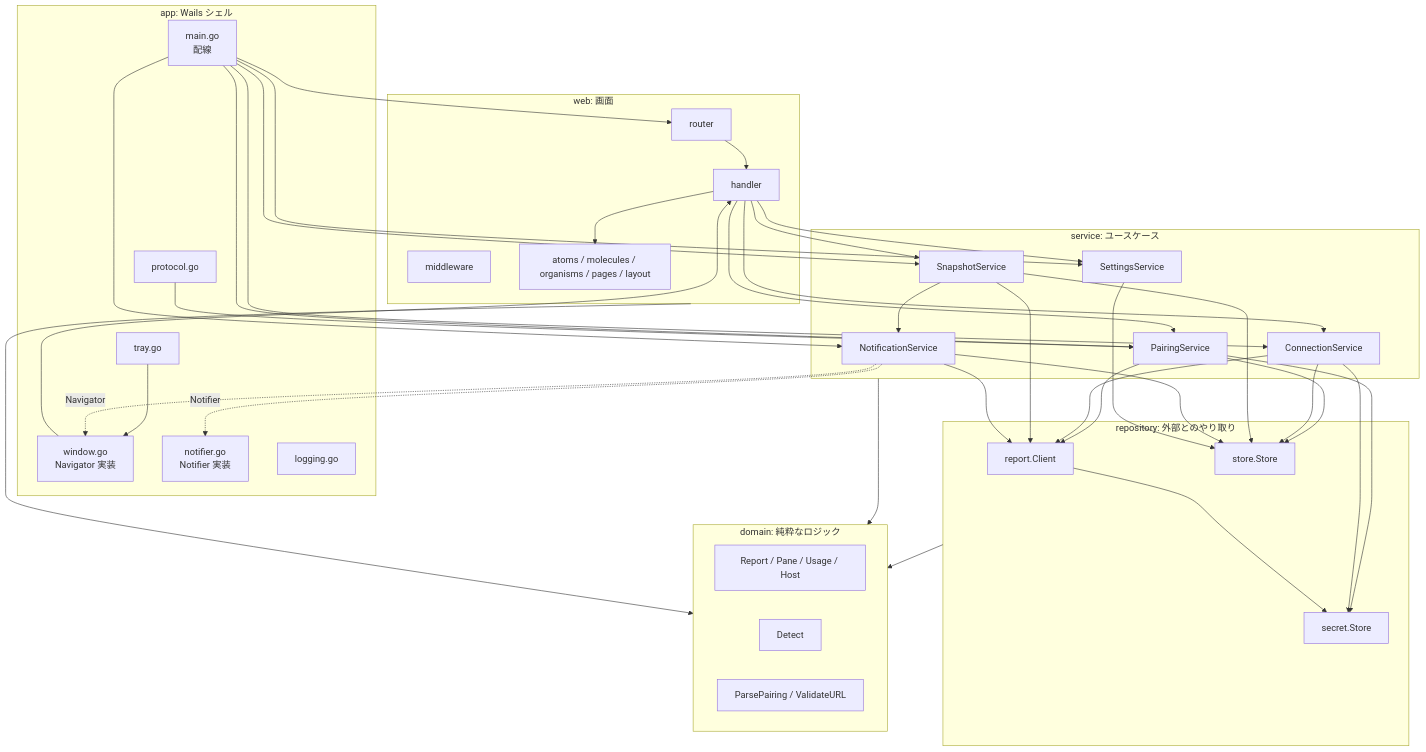
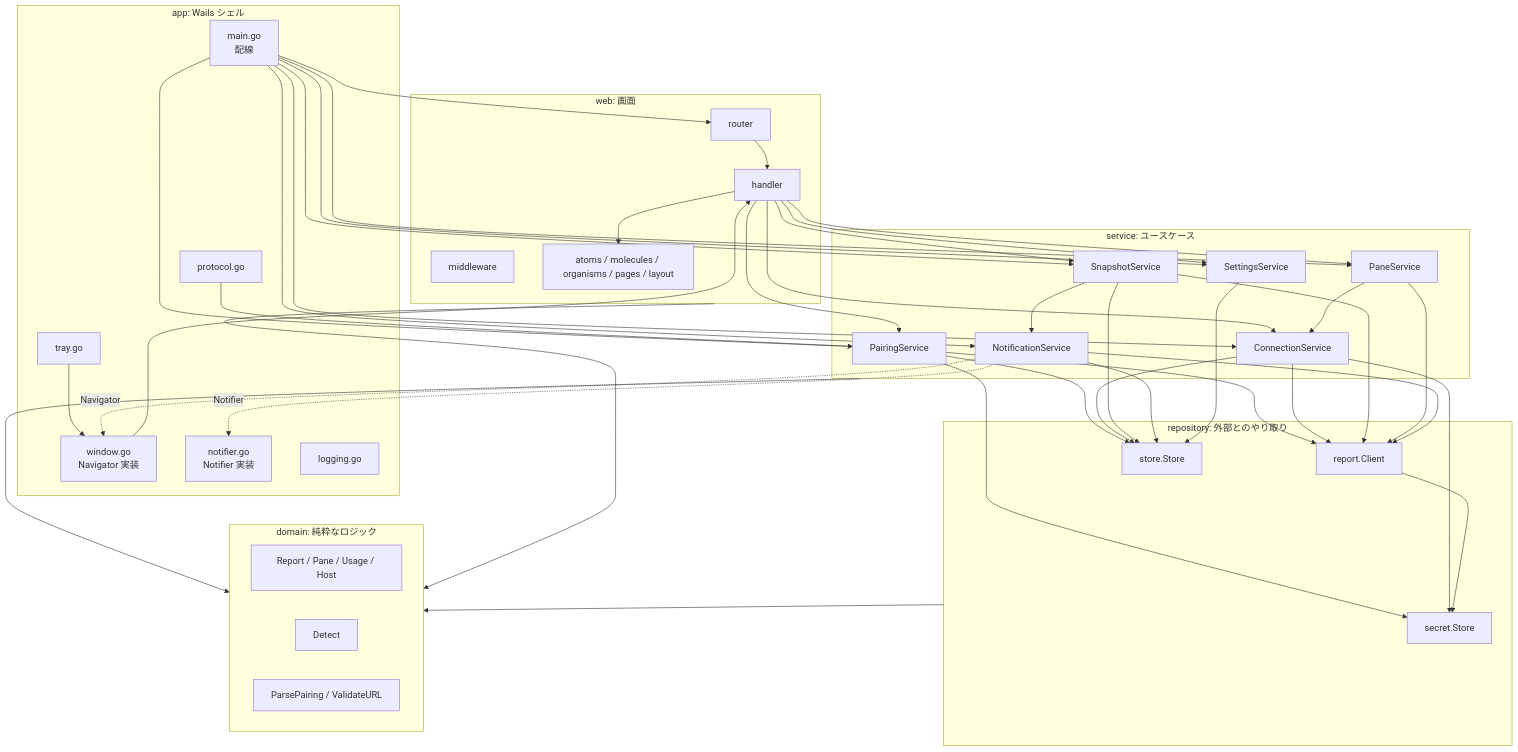
One commit to ousiassllc/swarm-viewer changed the diagram in docs/components/overview.md. Above: the diagram before and after it, drawn with Mermaid. The commit also changed other lines of this file and 11 other files, not shown here.

````diff
--- a/docs/components/overview.md
+++ b/docs/components/overview.md
@@ -29,53 +29,55 @@
 ```mermaid
 graph TD
     subgraph app[app: Wails シェル]
         Main[main.go<br/>配線]
         Window[window.go<br/>Navigator 実装]
         Tray[tray.go]
         Proto[protocol.go]
         NotifierImpl[notifier.go<br/>Notifier 実装]
         Logging[logging.go]
     end
     subgraph web[web: 画面]
         Router[router]
         Handler[handler]
         MW[middleware]
         Tpl[atoms / molecules / organisms / pages / layout]
     end
     subgraph service[service: ユースケース]
         Pairing[PairingService]
         Conn[ConnectionService]
         Snap[SnapshotService]
         Notif[NotificationService]
         Settings[SettingsService]
+        PaneSvc[PaneService]
     end
     subgraph repo[repository: 外部とのやり取り]
         ReportC[report.Client]
         Store[store.Store]
         Secret[secret.Store]
     end
     subgraph dom[domain: 純粋なロジック]
         Model[Report / Pane / Usage / Host]
         Detect[Detect]
         Validate[ParsePairing / ValidateURL]
     end
 
     Main --> Router
-    Main --> Pairing & Conn & Snap & Notif & Settings
+    Main --> Pairing & Conn & Snap & Notif & Settings & PaneSvc
     Router --> Handler --> Tpl
-    Handler --> Pairing & Conn & Snap & Settings
+    Handler --> Pairing & Conn & Snap & Settings & PaneSvc
     Proto --> Pairing
     Tray --> Window
     Window --> Handler
     Pairing --> ReportC & Store & Secret
     Conn --> ReportC & Store & Secret
     Snap --> ReportC & Store & Notif
+    PaneSvc --> ReportC & Conn
     Notif --> ReportC & Store
     Notif -.Notifier.-> NotifierImpl
     Notif -.Navigator.-> Window
     Settings --> Store
     ReportC --> Secret
     service --> dom
     repo --> dom
     web --> dom
 ```
````
